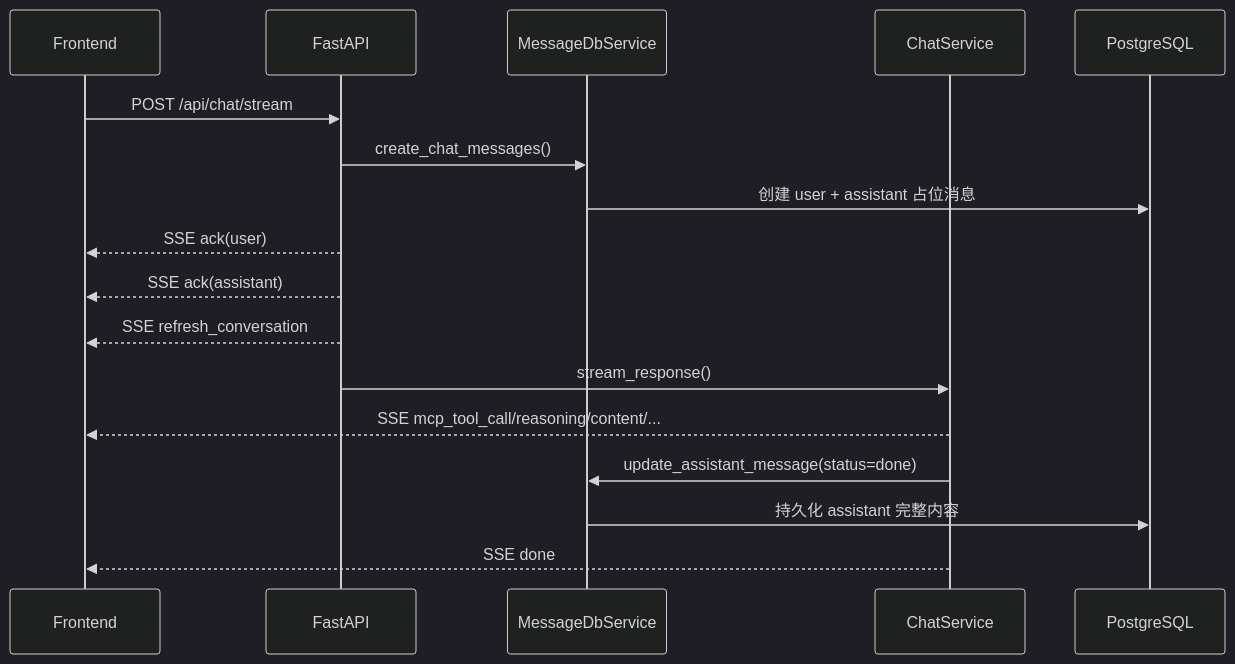
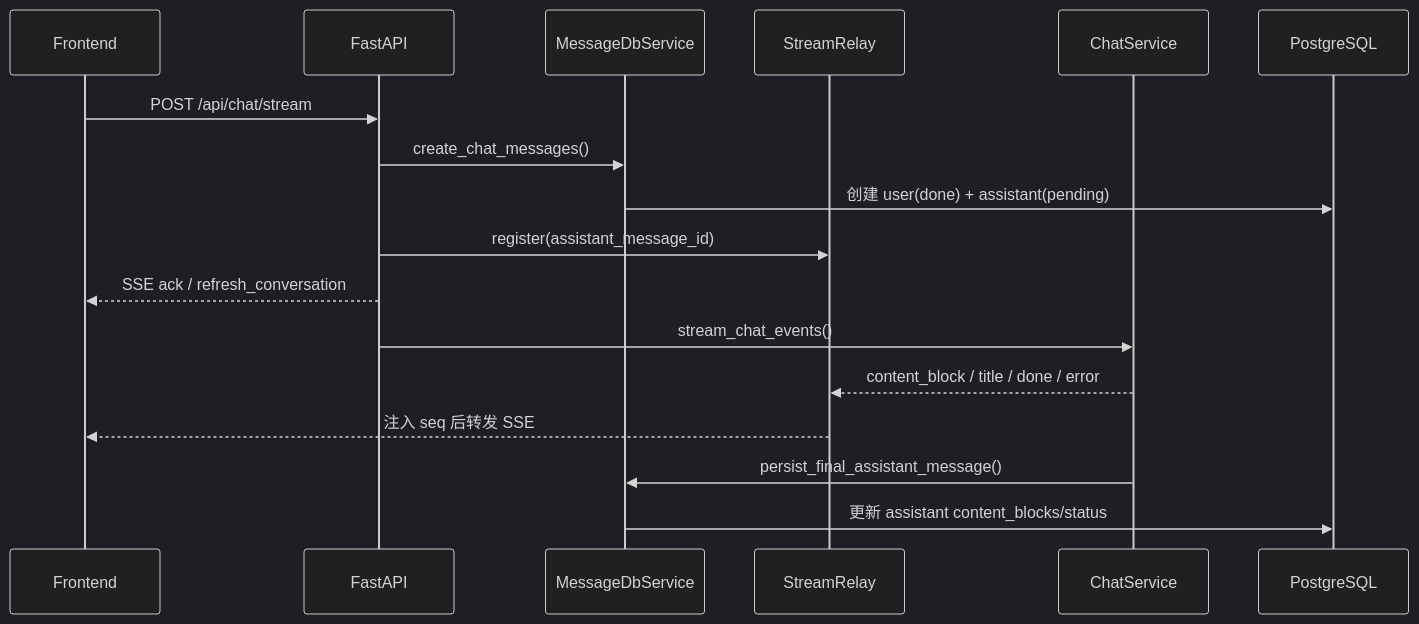
One commit to wuhonglei/chat-agent changed the diagram in docs/会话管理.md. Above: the diagram before and after it, drawn with Mermaid (dark theme). The commit also changed other lines of this file and 7 other files, not shown here.

````diff
--- a/docs/会话管理.md
+++ b/docs/会话管理.md
@@ -52,20 +137,20 @@
 ```mermaid
 sequenceDiagram
     participant FE as Frontend
     participant API as FastAPI
     participant MSG as MessageDbService
+    participant RELAY as StreamRelay
     participant CHAT as ChatService
     participant DB as PostgreSQL
 
     FE->>API: POST /api/chat/stream
     API->>MSG: create_chat_messages()
-    MSG->>DB: 创建 user + assistant 占位消息
-    API-->>FE: SSE ack(user)
-    API-->>FE: SSE ack(assistant)
-    API-->>FE: SSE refresh_conversation
-    API->>CHAT: stream_response()
-    CHAT-->>FE: SSE mcp_tool_call/reasoning/content/...
-    CHAT->>MSG: update_assistant_message(status=done)
-    MSG->>DB: 持久化 assistant 完整内容
-    CHAT-->>FE: SSE done
+    MSG->>DB: 创建 user(done) + assistant(pending)
+    API->>RELAY: register(assistant_message_id)
+    API-->>FE: SSE ack / refresh_conversation
+    API->>CHAT: stream_chat_events()
+    CHAT-->>RELAY: content_block / title / done / error
+    RELAY-->>FE: 注入 seq 后转发 SSE
+    CHAT->>MSG: persist_final_assistant_message()
+    MSG->>DB: 更新 assistant content_blocks/status
 ```
````
